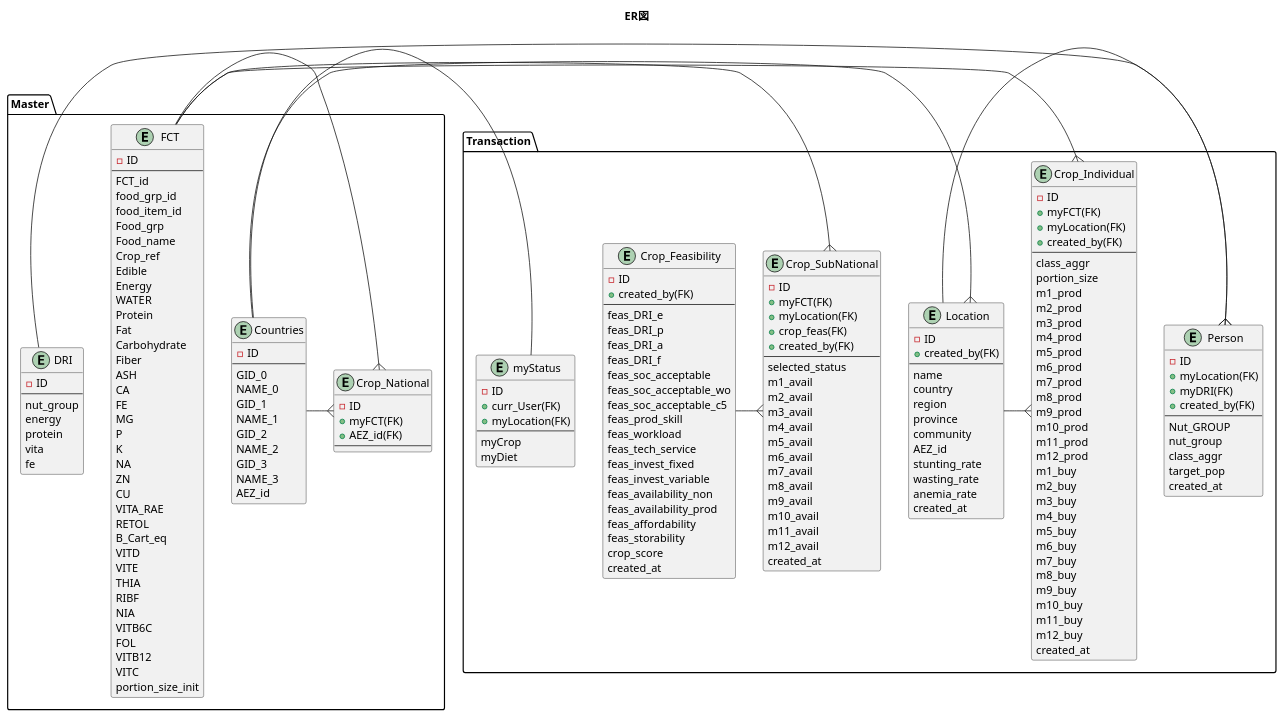
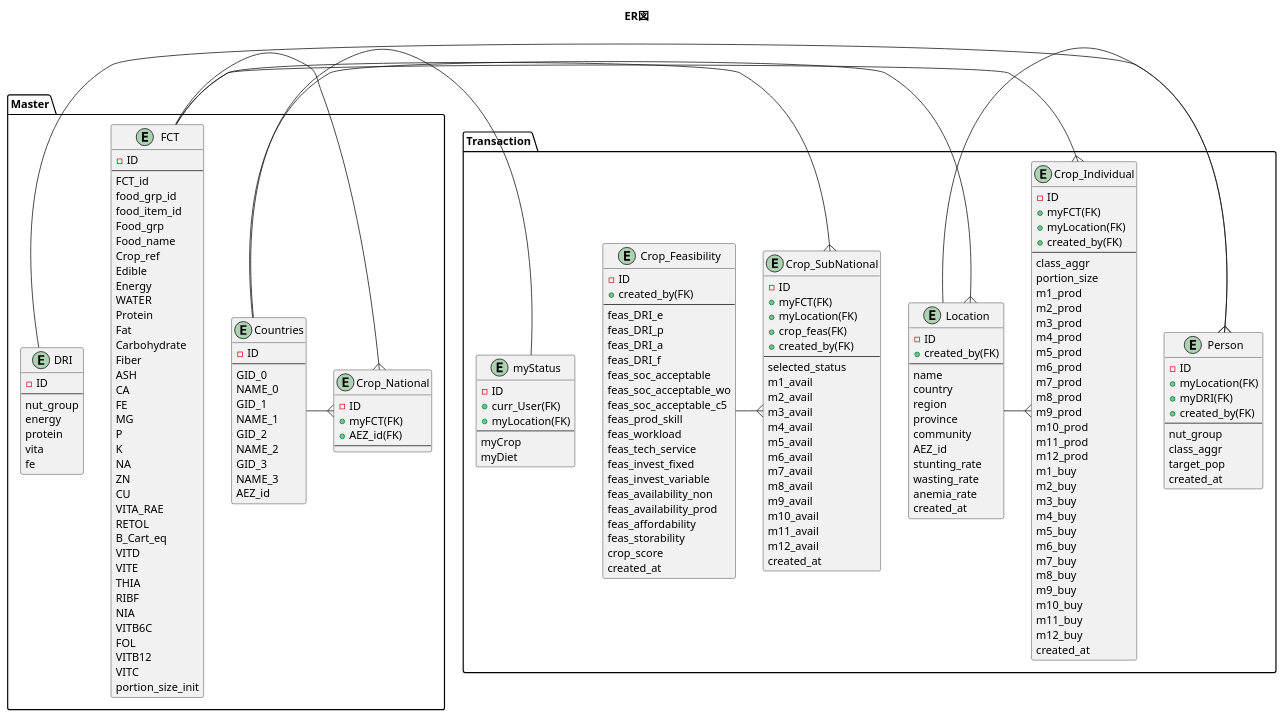
One commit to snakada1615/ifna_pwa02 changed the diagram in myApp/static/ULM/ER02.pu. Above: the diagram before and after it, drawn with PlantUML. The commit also changed 19 other files, not shown here.

Commit message:
Add: update UML

```diff
--- a/myApp/static/ULM/ER02.pu
+++ b/myApp/static/ULM/ER02.pu
@@ -100,7 +100,6 @@
     + myDRI(FK)
     + created_by(FK)
 --
-      Nut_GROUP
       nut_group
       class_aggr
       target_pop
```
